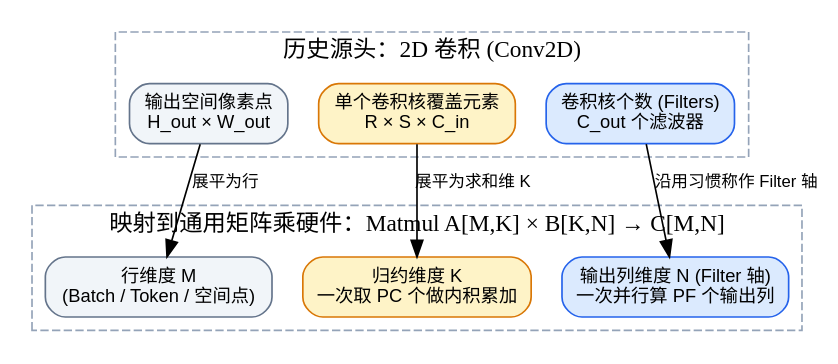
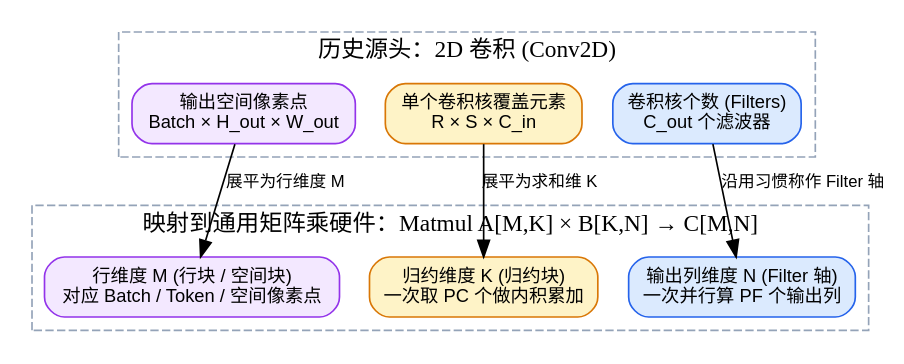
The third of 6 diagrams in src/content/posts/matmul-tiling-filter-block-and-reduction-block-guide.md (hqu-little-boy/blog), drawn with Graphviz before and after one commit. The commit also changed other lines of this file, not shown here.

Commit message:
docs: 补充 Matmul 沿 M 轴的行块/空间块解析与三维数据复用图解

````diff
--- a/src/content/posts/matmul-tiling-filter-block-and-reduction-block-guide.md
+++ b/src/content/posts/matmul-tiling-filter-block-and-reduction-block-guide.md
@@ -176,29 +180,29 @@
 ```dot
 digraph WhyFilterName {
     rankdir=TB;
     node [shape=box, style="filled,rounded", fontname="sans-serif", fontsize=11];
     edge [fontname="sans-serif", fontsize=10];
 
     subgraph cluster_conv {
         label="历史源头：2D 卷积 (Conv2D)";
         style=dashed;
         color="#94a3b8";
-        Conv_Spatial [label="输出空间像素点\nH_out × W_out", fillcolor="#f1f5f9", color="#64748b"];
+        Conv_Spatial [label="输出空间像素点\nBatch × H_out × W_out", fillcolor="#f3e8ff", color="#9333ea"];
         Conv_Kernel [label="单个卷积核覆盖元素\nR × S × C_in", fillcolor="#fef3c7", color="#d97706"];
         Conv_Filter [label="卷积核个数 (Filters)\nC_out 个滤波器", fillcolor="#dbeafe", color="#2563eb"];
     }
 
     subgraph cluster_matmul {
         label="映射到通用矩阵乘硬件：Matmul A[M,K] × B[K,N] → C[M,N]";
         style=dashed;
         color="#94a3b8";
-        Mat_M [label="行维度 M\n(Batch / Token / 空间点)", fillcolor="#f1f5f9", color="#64748b"];
-        Mat_K [label="归约维度 K\n一次取 PC 个做内积累加", fillcolor="#fef3c7", color="#d97706"];
+        Mat_M [label="行维度 M (行块 / 空间块)\n对应 Batch / Token / 空间像素点", fillcolor="#f3e8ff", color="#9333ea"];
+        Mat_K [label="归约维度 K (归约块)\n一次取 PC 个做内积累加", fillcolor="#fef3c7", color="#d97706"];
         Mat_N [label="输出列维度 N (Filter 轴)\n一次并行算 PF 个输出列", fillcolor="#dbeafe", color="#2563eb"];
     }
 
-    Conv_Spatial -> Mat_M [label="展平为行"];
+    Conv_Spatial -> Mat_M [label="展平为行维度 M"];
     Conv_Kernel -> Mat_K [label="展平为求和维 K"];
     Conv_Filter -> Mat_N [label="沿用习惯称作 Filter 轴"];
 }
 ```
````
